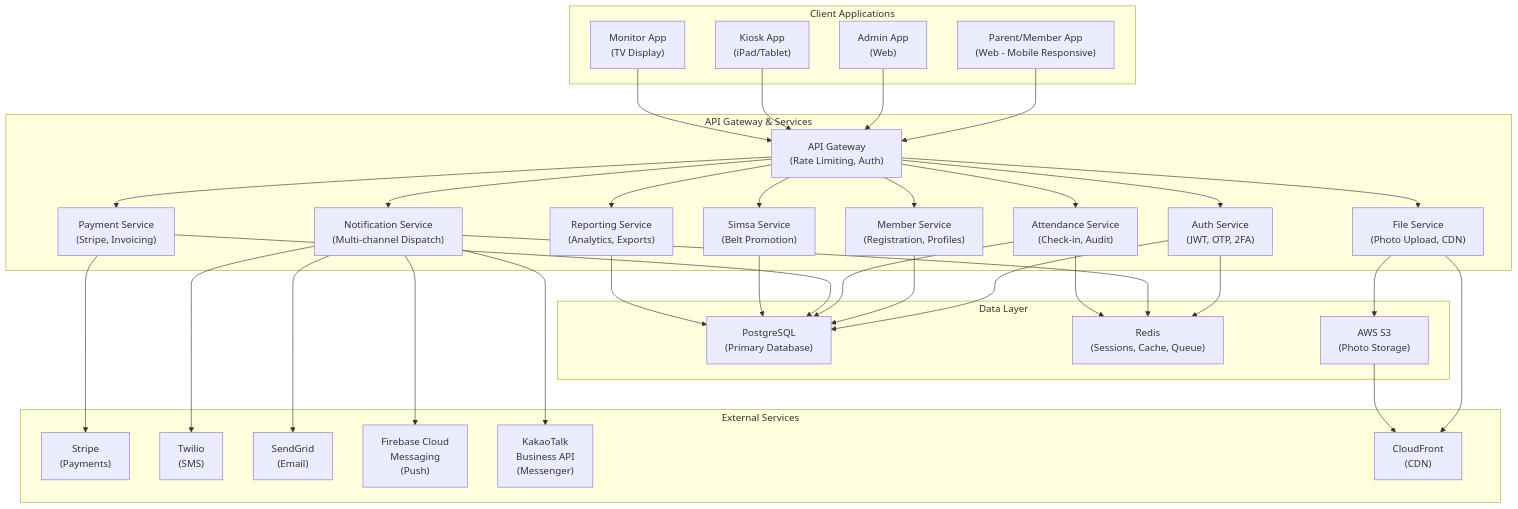
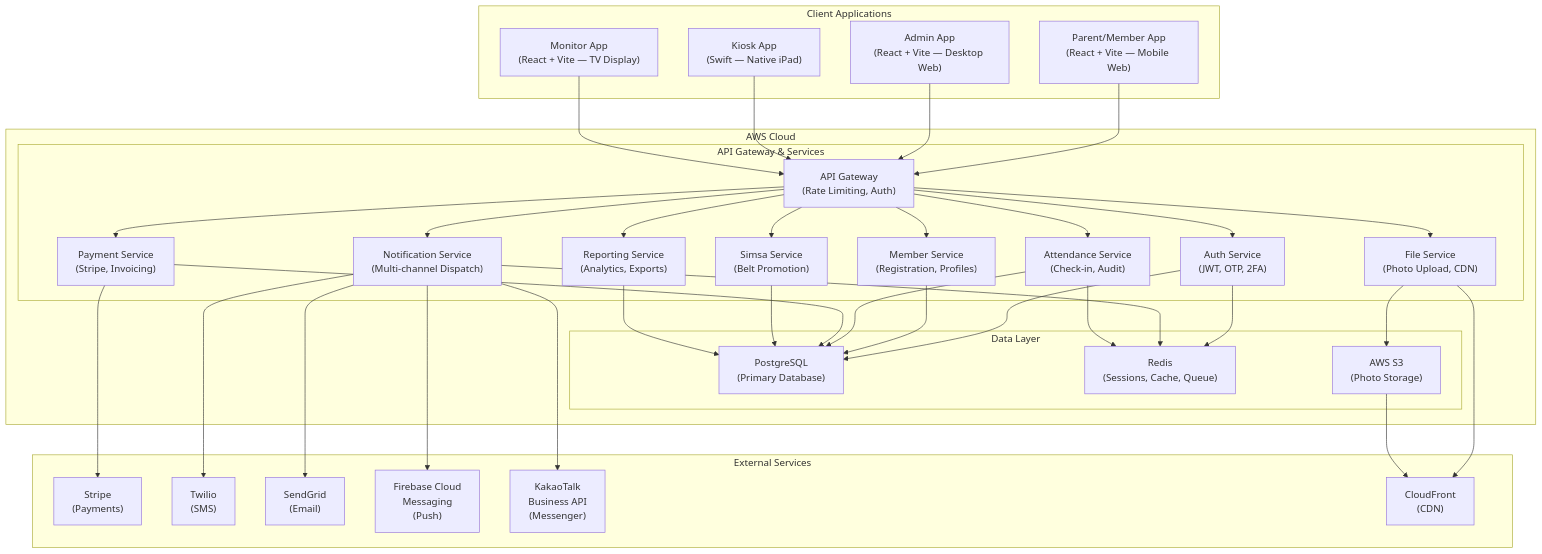
The diagram in docs/trd/01-system-architecture.md (wonsong82/ararat), drawn with Mermaid before and after one commit. The commit also changed other lines of this file and 3 other files, not shown here.

First line of the commit message:
docs: update foundation TRDs with frontend auth, i18n, and all-app overview

````diff
--- a/docs/trd/01-system-architecture.md
+++ b/docs/trd/01-system-architecture.md
@@ -11,71 +11,73 @@
 ```mermaid
 graph TB
     subgraph "Client Applications"
-        ParentApp["Parent/Member App<br/>(Web - Mobile Responsive)"]
-        AdminApp["Admin App<br/>(Web)"]
-        KioskApp["Kiosk App<br/>(iPad/Tablet)"]
-        MonitorApp["Monitor App<br/>(TV Display)"]
+        ParentApp["Parent/Member App<br/>(React + Vite — Mobile Web)"]
+        AdminApp["Admin App<br/>(React + Vite — Desktop Web)"]
+        KioskApp["Kiosk App<br/>(Swift — Native iPad)"]
+        MonitorApp["Monitor App<br/>(React + Vite — TV Display)"]
     end
 
-    subgraph "API Gateway & Services"
-        Gateway["API Gateway<br/>(Rate Limiting, Auth)"]
-        AuthService["Auth Service<br/>(JWT, OTP, 2FA)"]
-        MemberService["Member Service<br/>(Registration, Profiles)"]
-        AttendanceService["Attendance Service<br/>(Check-in, Audit)"]
-        PaymentService["Payment Service<br/>(Stripe, Invoicing)"]
-        NotificationService["Notification Service<br/>(Multi-channel Dispatch)"]
-        SimsaService["Simsa Service<br/>(Belt Promotion)"]
-        ReportingService["Reporting Service<br/>(Analytics, Exports)"]
-        FileService["File Service<br/>(Photo Upload, CDN)"]
-    end
+    subgraph "AWS Cloud"
+        subgraph "API Gateway & Services"
+            Gateway["API Gateway<br/>(Rate Limiting, Auth)"]
+            AuthService["Auth Service<br/>(JWT, OTP, 2FA)"]
+            MemberService["Member Service<br/>(Registration, Profiles)"]
+            AttendanceService["Attendance Service<br/>(Check-in, Audit)"]
+            PaymentService["Payment Service<br/>(Stripe, Invoicing)"]
+            NotificationService["Notification Service<br/>(Multi-channel Dispatch)"]
+            SimsaService["Simsa Service<br/>(Belt Promotion)"]
+            ReportingService["Reporting Service<br/>(Analytics, Exports)"]
+            FileService["File Service<br/>(Photo Upload, CDN)"]
+        end
 
-    subgraph "Data Layer"
-        PostgreSQL["PostgreSQL<br/>(Primary Database)"]
-        Redis["Redis<br/>(Sessions, Cache, Queue)"]
-        S3["AWS S3<br/>(Photo Storage)"]
+        subgraph "Data Layer"
+            PostgreSQL["PostgreSQL<br/>(Primary Database)"]
+            Redis["Redis<br/>(Sessions, Cache, Queue)"]
+            S3["AWS S3<br/>(Photo Storage)"]
+        end
     end
 
     subgraph "External Services"
         Stripe["Stripe<br/>(Payments)"]
         Twilio["Twilio<br/>(SMS)"]
         SendGrid["SendGrid<br/>(Email)"]
         FCM["Firebase Cloud<br/>Messaging<br/>(Push)"]
         KakaoTalk["KakaoTalk<br/>Business API<br/>(Messenger)"]
         CloudFront["CloudFront<br/>(CDN)"]
     end
 
     ParentApp --> Gateway
     AdminApp --> Gateway
     KioskApp --> Gateway
     MonitorApp --> Gateway
 
     Gateway --> AuthService
     Gateway --> MemberService
     Gateway --> AttendanceService
     Gateway --> PaymentService
     Gateway --> NotificationService
     Gateway --> SimsaService
     Gateway --> ReportingService
     Gateway --> FileService
 
     AuthService --> PostgreSQL
     MemberService --> PostgreSQL
     AttendanceService --> PostgreSQL
     PaymentService --> PostgreSQL
     SimsaService --> PostgreSQL
     ReportingService --> PostgreSQL
     FileService --> S3
 
     AuthService --> Redis
     NotificationService --> Redis
     AttendanceService --> Redis
 
     PaymentService --> Stripe
     NotificationService --> Twilio
     NotificationService --> SendGrid
     NotificationService --> FCM
     NotificationService --> KakaoTalk
 
     FileService --> CloudFront
     S3 --> CloudFront
 ```
````
